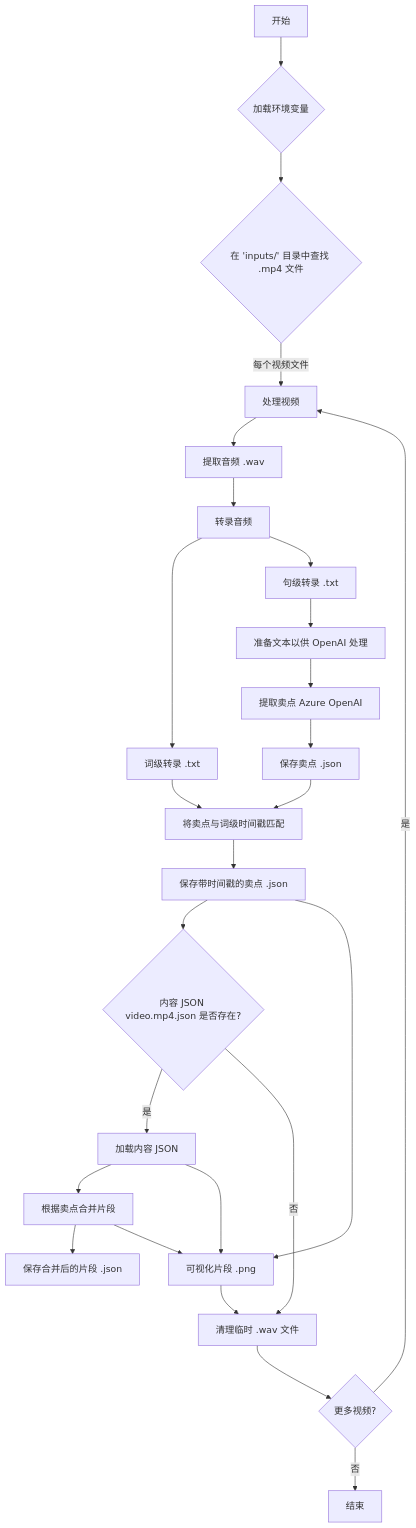
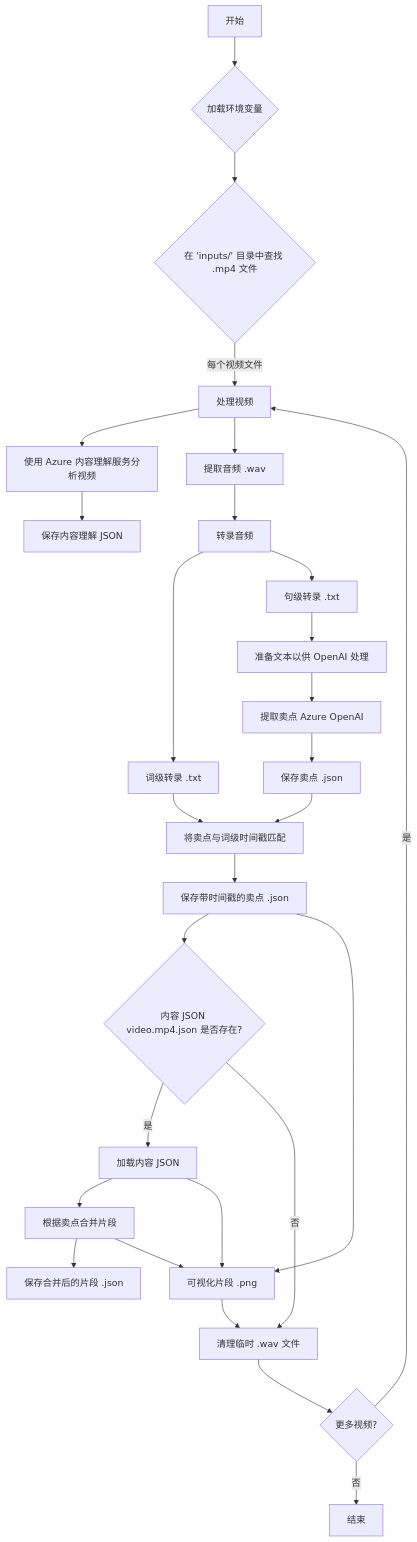
The diagram in README_zh.md (guming3d/Content-Understanding-post-process), drawn with Mermaid before and after one commit. The commit also changed 1 other file, not shown here.

Commit message:
update the diagram

````diff
--- a/README_zh.md
+++ b/README_zh.md
@@ -53,25 +53,27 @@
 ```mermaid
 graph TD
     A[开始] --> B{加载环境变量};
     B --> C{在 'inputs/' 目录中查找 .mp4 文件};
     C -- 每个视频文件 --> D[处理视频];
+    D --> D1[使用 Azure 内容理解服务分析视频];
+    D1 --> D2[保存内容理解 JSON];
     D --> E[提取音频 .wav];
     E --> F[转录音频];
     F --> G[词级转录 .txt];
     F --> H[句级转录 .txt];
     H --> I[准备文本以供 OpenAI 处理];
     I --> J[提取卖点 Azure OpenAI];
     J --> K[保存卖点 .json];
     G & K --> L[将卖点与词级时间戳匹配];
     L --> M[保存带时间戳的卖点 .json];
     M --> N{内容 JSON video.mp4.json 是否存在?};
     N -- 是 --> O[加载内容 JSON];
     O --> P[根据卖点合并片段];
     P --> Q[保存合并后的片段 .json];
     O & M & P --> R[可视化片段 .png];
     R --> S[清理临时 .wav 文件];
     N -- 否 --> S;
     S --> T{更多视频?};
     T -- 是 --> D;
     T -- 否 --> U[结束];
 ```
````
